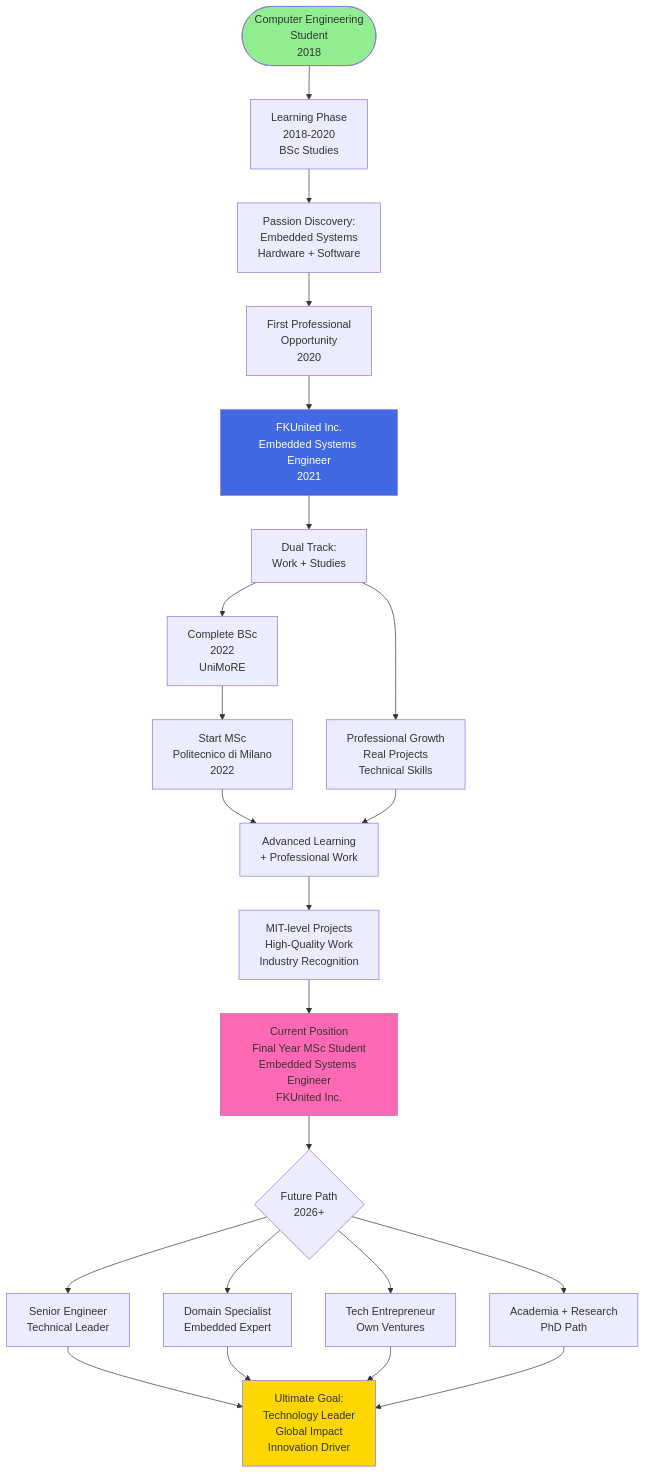
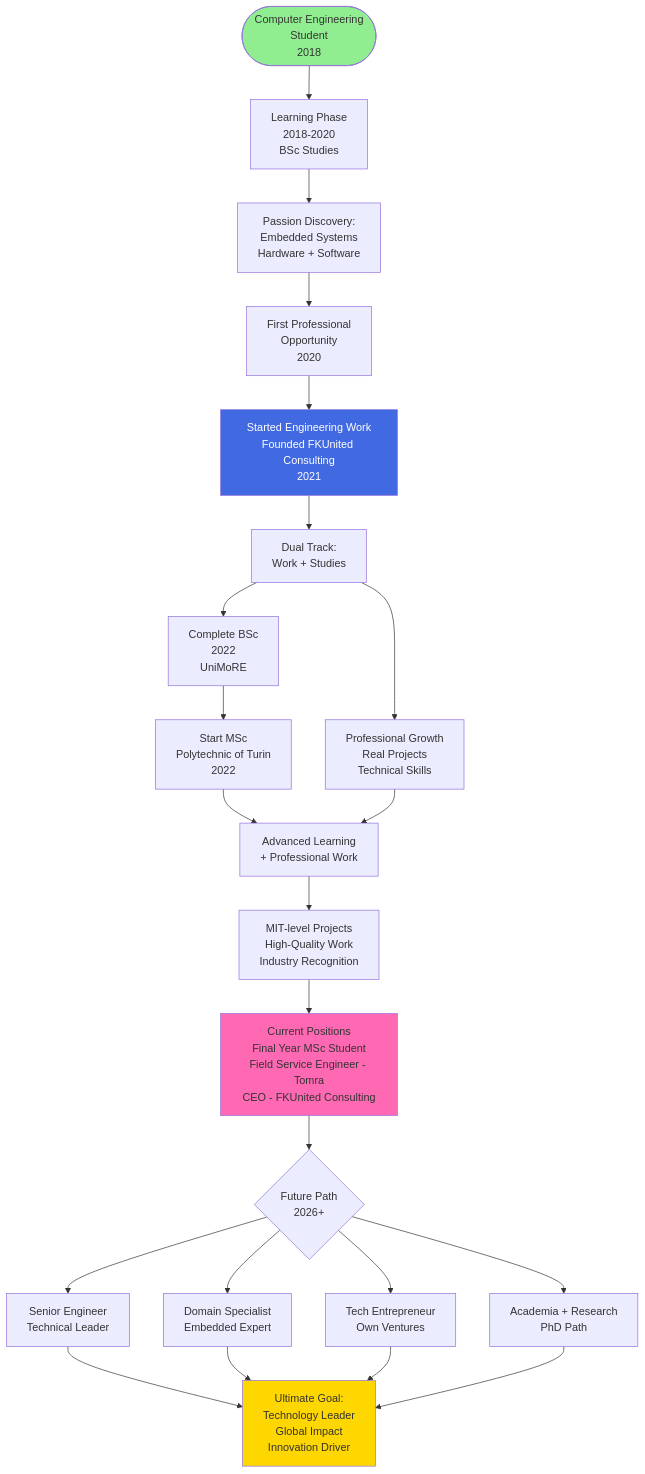
The second of 15 diagrams in diagrams/professional-journey.md (hamsta25/Himalaya), drawn with Mermaid before and after one commit. The commit also changed other lines of this file and 10 other files, not shown here.

Commit message:
Update university name to Polytechnic of Turin and correct professional roles

````diff
--- a/diagrams/professional-journey.md
+++ b/diagrams/professional-journey.md
@@ -53,43 +53,43 @@
 ```mermaid
 graph TB
     Start([Computer Engineering<br/>Student<br/>2018])
     
     Start --> Learn[Learning Phase<br/>2018-2020<br/>BSc Studies]
     
     Learn --> Passion[Passion Discovery:<br/>Embedded Systems<br/>Hardware + Software]
     
     Passion --> First[First Professional<br/>Opportunity<br/>2020]
     
-    First --> FKUnited[FKUnited Inc.<br/>Embedded Systems Engineer<br/>2021]
+    First --> Career[Started Engineering Work<br/>Founded FKUnited Consulting<br/>2021]
     
-    FKUnited --> Dual[Dual Track:<br/>Work + Studies]
+    Career --> Dual[Dual Track:<br/>Work + Studies]
     
     Dual --> BSc[Complete BSc<br/>2022<br/>UniMoRE]
     Dual --> ProfGrowth[Professional Growth<br/>Real Projects<br/>Technical Skills]
     
-    BSc --> MSc[Start MSc<br/>Politecnico di Milano<br/>2022]
+    BSc --> MSc[Start MSc<br/>Polytechnic of Turin<br/>2022]
     
     MSc --> Advanced[Advanced Learning<br/>+ Professional Work]
     ProfGrowth --> Advanced
     
     Advanced --> MIT[MIT-level Projects<br/>High-Quality Work<br/>Industry Recognition]
     
-    MIT --> Current[Current Position<br/>Final Year MSc Student<br/>Embedded Systems Engineer<br/>FKUnited Inc.]
+    MIT --> Current[Current Positions<br/>Final Year MSc Student<br/>Field Service Engineer - Tomra<br/>CEO - FKUnited Consulting]
     
     Current --> Future{Future Path<br/>2026+}
     
     Future --> Senior[Senior Engineer<br/>Technical Leader]
     Future --> Specialist[Domain Specialist<br/>Embedded Expert]
     Future --> Entrepreneur[Tech Entrepreneur<br/>Own Ventures]
     Future --> Academic[Academia + Research<br/>PhD Path]
     
     Senior --> Ultimate[Ultimate Goal:<br/>Technology Leader<br/>Global Impact<br/>Innovation Driver]
     Specialist --> Ultimate
     Entrepreneur --> Ultimate
     Academic --> Ultimate
     
     style Start fill:#90EE90
-    style FKUnited fill:#4169E1,color:#fff
+    style Career fill:#4169E1,color:#fff
     style Current fill:#FF69B4
     style Ultimate fill:#FFD700
 ```
````
